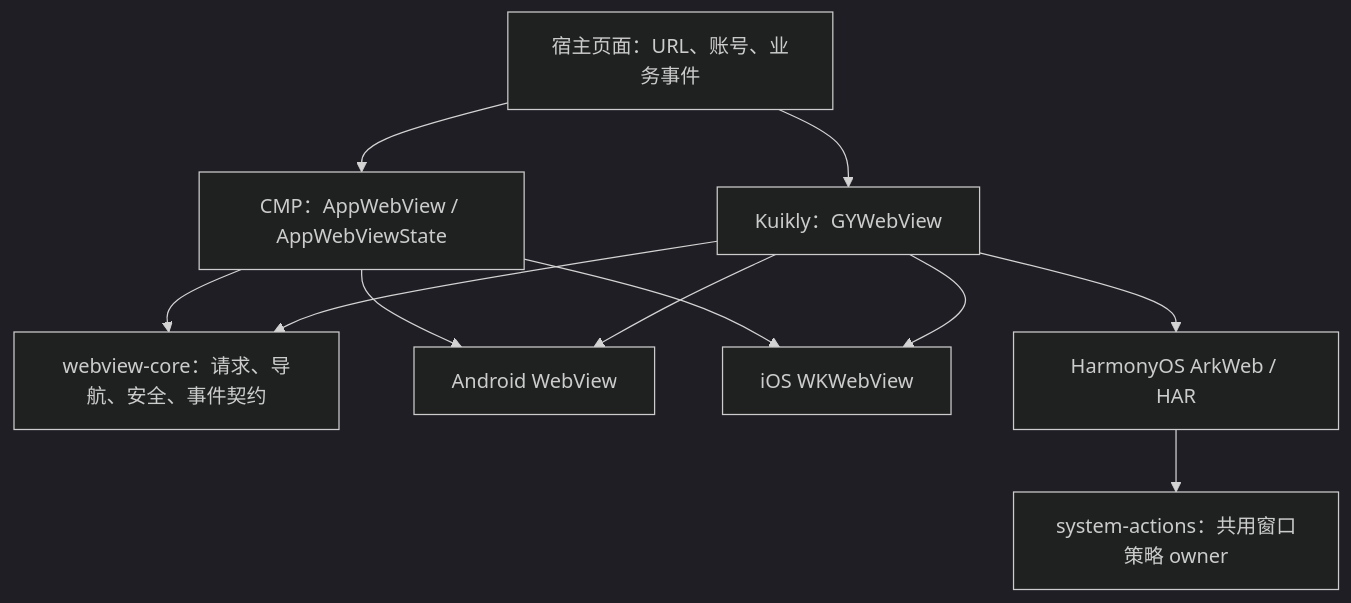
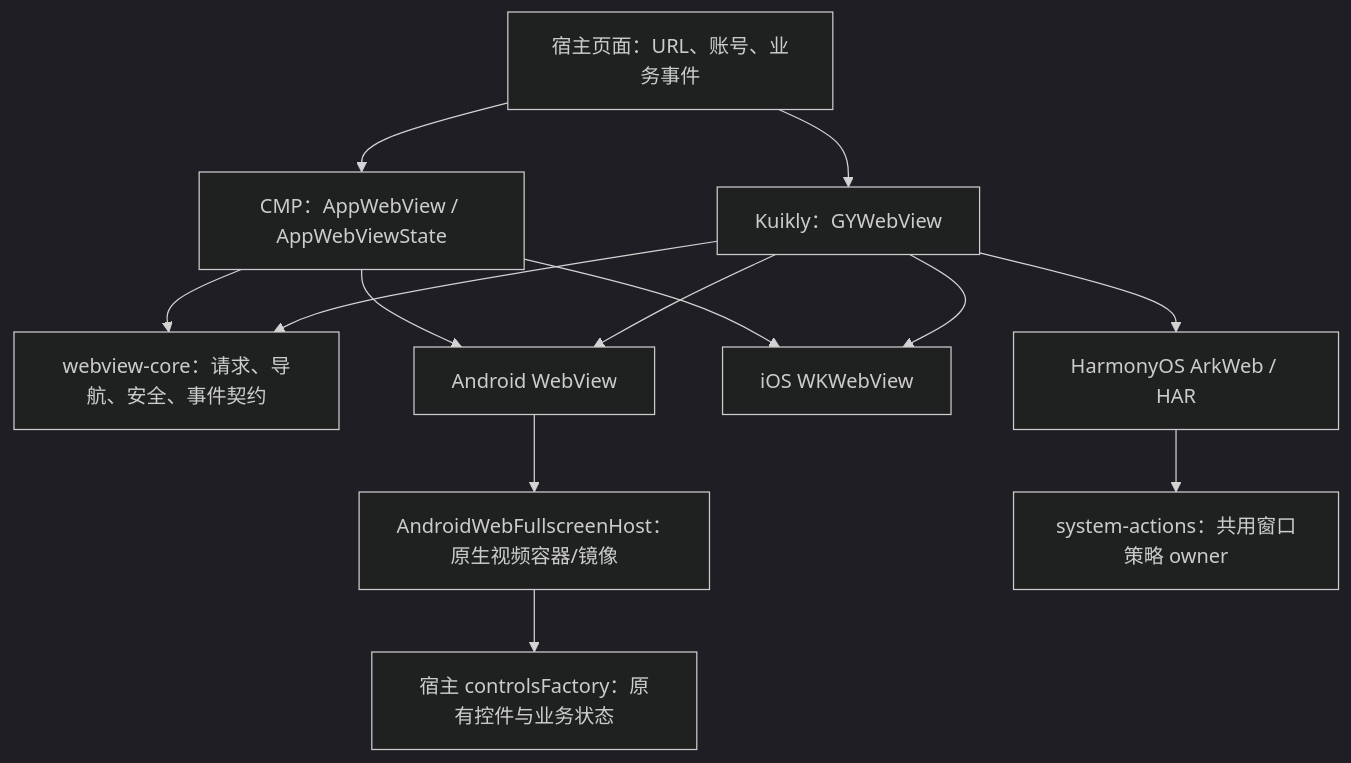
Before and after one commit to gycrosskit/compose-webview: the first of 3 diagrams in README.md, drawn with Mermaid (dark theme). The commit also changed other lines of this file and 63 other files, not shown here.

````diff
--- a/README.md
+++ b/README.md
@@ -15,13 +19,15 @@
 ```mermaid
 flowchart TB
     Host["宿主页面：URL、账号、业务事件"] --> CMP["CMP：AppWebView / AppWebViewState"]
     Host --> Kuikly["Kuikly：GYWebView"]
     CMP --> Core["webview-core：请求、导航、安全、事件契约"]
     Kuikly --> Core
     CMP --> Android["Android WebView"]
     CMP --> IOS["iOS WKWebView"]
     Kuikly --> Android
     Kuikly --> IOS
     Kuikly --> OHOS["HarmonyOS ArkWeb / HAR"]
+    Android --> Fullscreen["AndroidWebFullscreenHost：原生视频容器/镜像"]
+    Fullscreen --> Controls["宿主 controlsFactory：原有控件与业务状态"]
     OHOS --> Window["system-actions：共用窗口策略 owner"]
 ```
````
